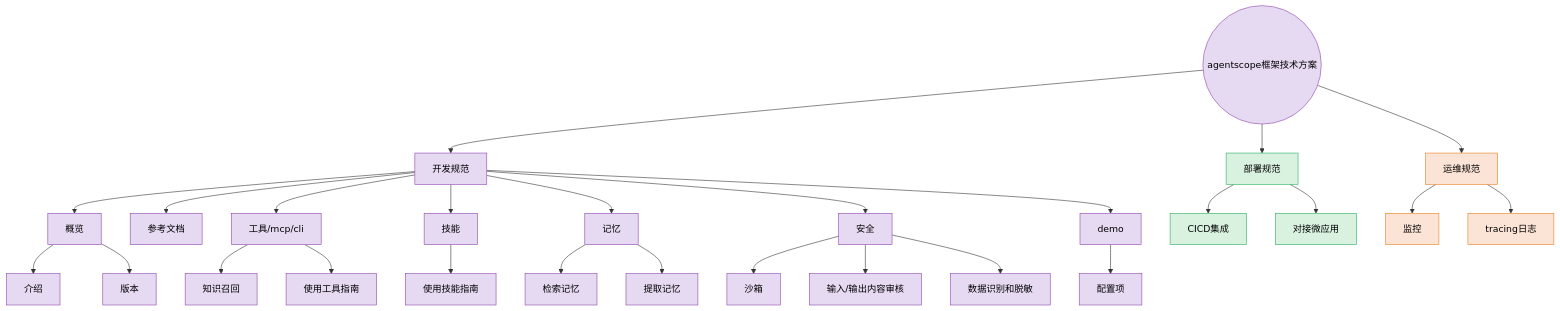
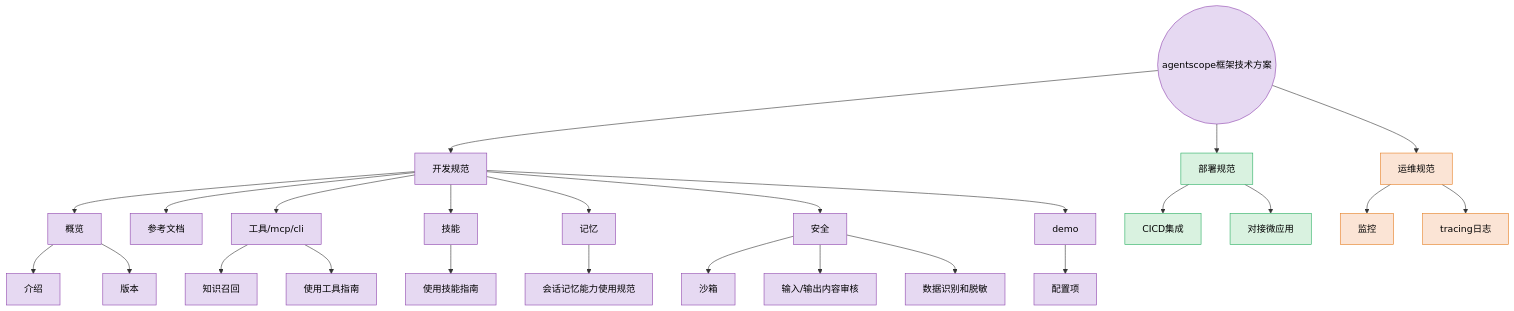
Before and after one commit to zhangler1/agentscope: the diagram in docs/开发规范文档/README.md, drawn with Mermaid. The commit also changed other lines of this file and 7 other files, not shown here.

````diff
--- a/docs/开发规范文档/README.md
+++ b/docs/开发规范文档/README.md
@@ -7,42 +7,41 @@
 ```mermaid
 flowchart TD
     ROOT(("agentscope框架技术方案"))
 
     ROOT --> DEV["开发规范"]
     ROOT --> DEPLOY["部署规范"]
     ROOT --> OPS["运维规范"]
 
     DEV --> A1["概览"]
     A1 --> A1a["介绍"]
     A1 --> A1b["版本"]
     DEV --> A2["参考文档"]
     DEV --> A3["工具/mcp/cli"]
     A3 --> A3a["知识召回"]
     A3 --> A3b["使用工具指南"]
     DEV --> A4["技能"]
     A4 --> A4a["使用技能指南"]
     DEV --> A5["记忆"]
-    A5 --> A5a["检索记忆"]
-    A5 --> A5b["提取记忆"]
+    A5 --> A5a["会话记忆能力使用规范"]
     DEV --> A6["安全"]
     A6 --> A6a["沙箱"]
     A6 --> A6b["输入/输出内容审核"]
     A6 --> A6c["数据识别和脱敏"]
     DEV --> A7["demo"]
     A7 --> A7a["配置项"]
 
     DEPLOY --> B1["CICD集成"]
     DEPLOY --> B2["对接微应用"]
 
     OPS --> C1["监控"]
     OPS --> C2["tracing日志"]
 
     classDef dev fill:#e6d9f2,stroke:#8e44ad,color:#000
     classDef deploy fill:#d9f2e0,stroke:#27ae60,color:#000
     classDef ops fill:#fbe4d5,stroke:#e67e22,color:#000
 
     class ROOT dev
-    class DEV,A1,A1a,A1b,A2,A3,A3a,A3b,A4,A4a,A5,A5a,A5b,A6,A6a,A6b,A6c,A7,A7a dev
+    class DEV,A1,A1a,A1b,A2,A3,A3a,A3b,A4,A4a,A5,A5a,A6,A6a,A6b,A6c,A7,A7a dev
     class DEPLOY,B1,B2 deploy
     class OPS,C1,C2 ops
 ```
````
